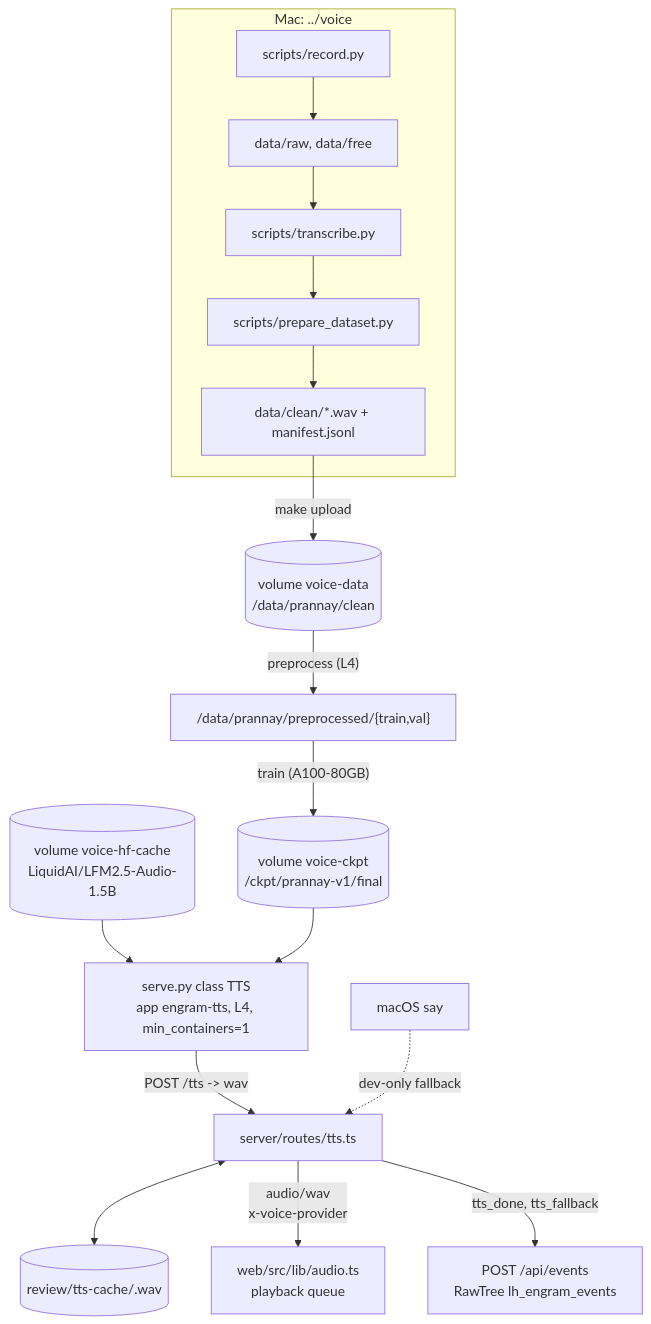
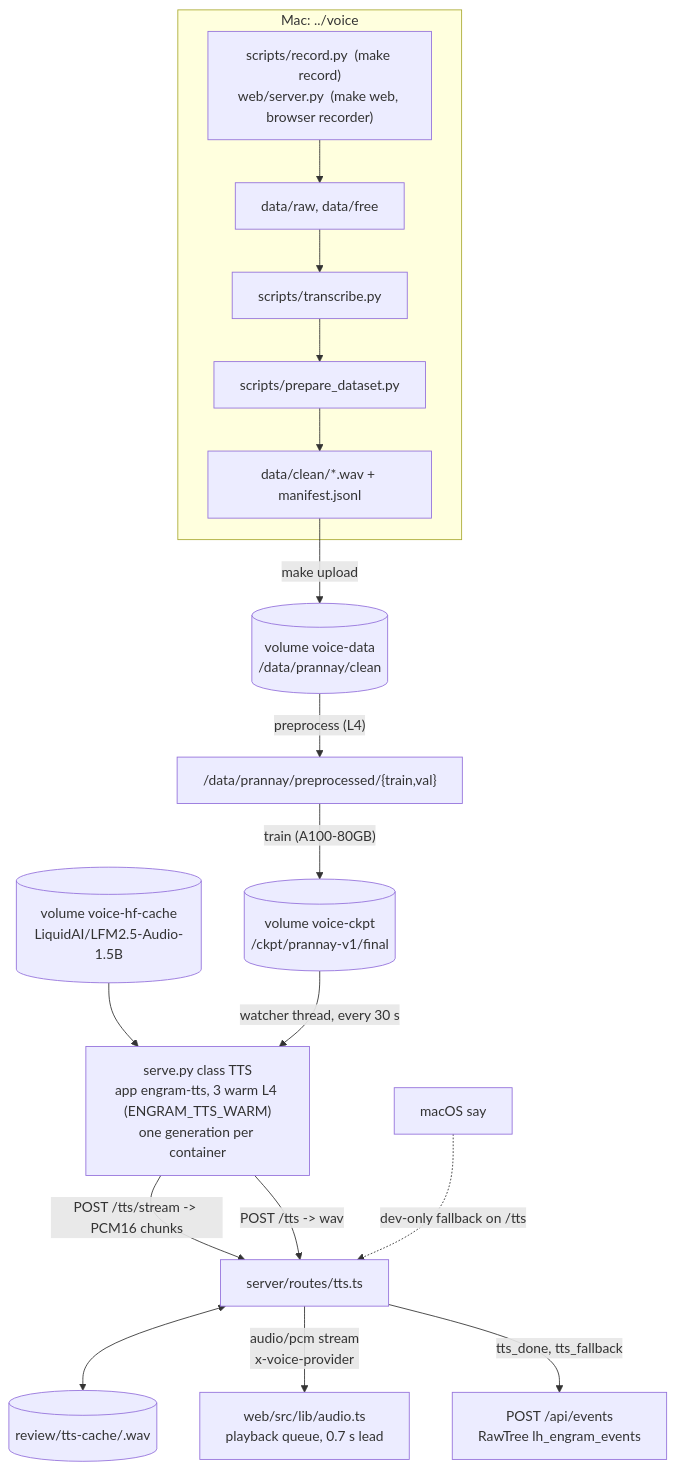
One commit to Pran-Ker/engram changed the diagram in engram/docs/voice-pipeline.md. Above: the diagram before and after it, drawn with Mermaid. The commit also changed other lines of this file and 62 other files, not shown here.

First line of the commit message:
Engram demo: streaming TTS, fairer face from selfie, fixed brain answers, three verify/fix rounds, docs refresh

````diff
--- a/engram/docs/voice-pipeline.md
+++ b/engram/docs/voice-pipeline.md
@@ -9,19 +11,20 @@
 ```mermaid
 flowchart TD
   subgraph mac["Mac: ../voice"]
-    rec["scripts/record.py"] --> raw["data/raw, data/free"]
+    rec["scripts/record.py  (make record)<br/>web/server.py  (make web, browser recorder)"] --> raw["data/raw, data/free"]
     raw --> tr["scripts/transcribe.py"]
     tr --> prep["scripts/prepare_dataset.py"]
     prep --> clean["data/clean/*.wav + manifest.jsonl"]
   end
   clean -- "make upload" --> vdata[("volume voice-data<br/>/data/prannay/clean")]
   vdata -- "preprocess (L4)" --> pre["/data/prannay/preprocessed/{train,val}"]
   pre -- "train (A100-80GB)" --> ckpt[("volume voice-ckpt<br/>/ckpt/prannay-v1/final")]
   hf[("volume voice-hf-cache<br/>LiquidAI/LFM2.5-Audio-1.5B")] --> serve
-  ckpt --> serve["serve.py class TTS<br/>app engram-tts, L4, min_containers=1"]
-  serve -- "POST /tts -> wav" --> tts["server/routes/tts.ts"]
+  ckpt -- "watcher thread, every 30 s" --> serve["serve.py class TTS<br/>app engram-tts, 3 warm L4 (ENGRAM_TTS_WARM)<br/>one generation per container"]
+  serve -- "POST /tts/stream -> PCM16 chunks" --> tts["server/routes/tts.ts"]
+  serve -- "POST /tts -> wav" --> tts
   tts <--> cache[("review/tts-cache/<sha1>.wav")]
-  tts -- "audio/wav<br/>x-voice-provider" --> web["web/src/lib/audio.ts<br/>playback queue"]
+  tts -- "audio/pcm stream<br/>x-voice-provider" --> web["web/src/lib/audio.ts<br/>playback queue, 0.7 s lead"]
   tts -- "tts_done, tts_fallback" --> ev["POST /api/events<br/>RawTree lh_engram_events"]
-  say["macOS say"] -. "dev-only fallback" .-> tts
+  say["macOS say"] -. "dev-only fallback on /tts" .-> tts
 ```
````
